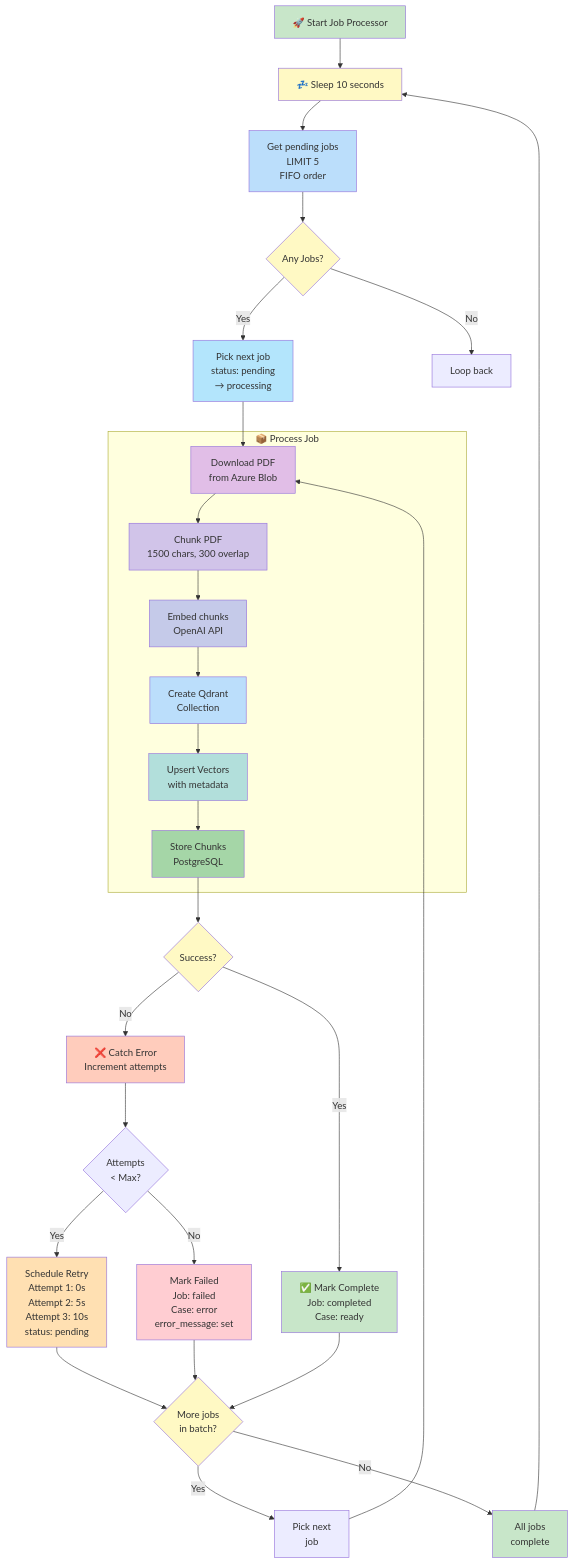
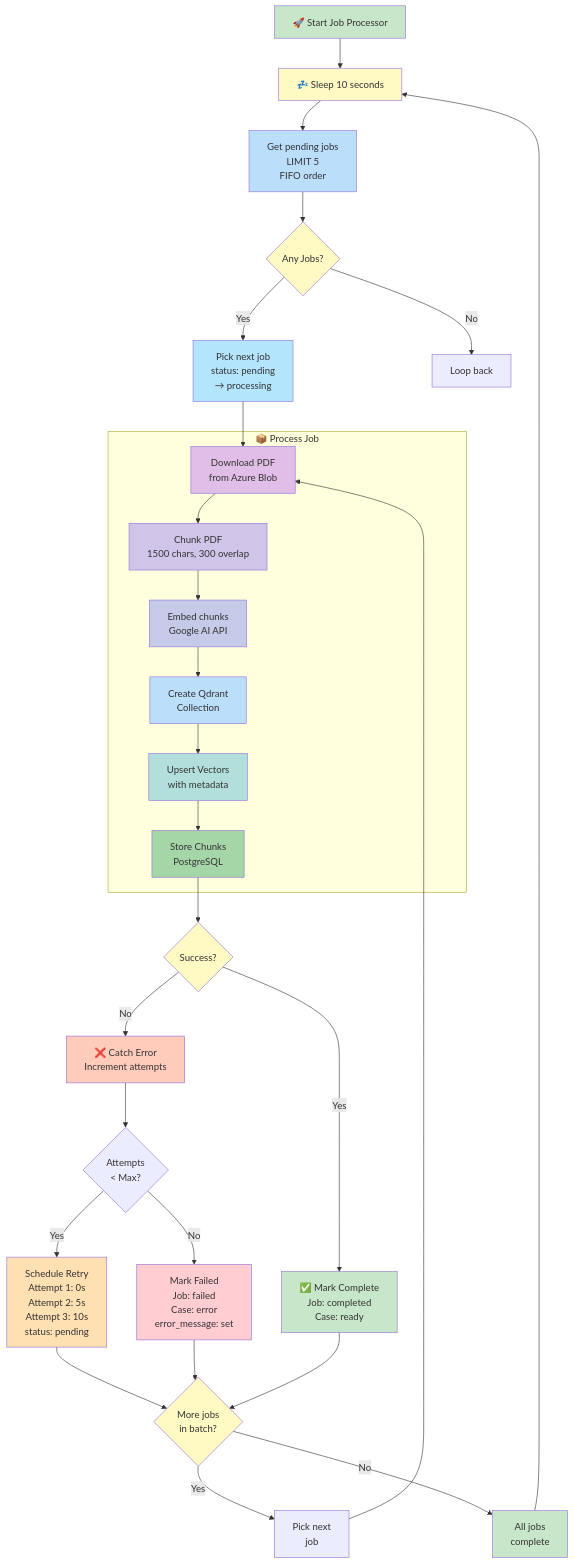
Before and after one commit to Smeet23/Lexintel: the sixth of 13 diagrams in ARCHITECTURE_DIAGRAMS.md, drawn with Mermaid. The commit also changed other lines of this file and 50 other files, not shown here.

First line of the commit message:
docs: update all documentation from OpenAI to Google Gemini

```diff
--- a/ARCHITECTURE_DIAGRAMS.md
+++ b/ARCHITECTURE_DIAGRAMS.md
@@ -362,7 +362,7 @@
     subgraph Processing["📦 Process Job"]
         Download["Download PDF<br/>from Azure Blob"]
         Chunk["Chunk PDF<br/>1500 chars, 300 overlap"]
-        Embed["Embed chunks<br/>OpenAI API"]
+        Embed["Embed chunks<br/>Google AI API"]
         CreateColl["Create Qdrant<br/>Collection"]
         UpsertVec["Upsert Vectors<br/>with metadata"]
         StoreMeta["Store Chunks<br/>PostgreSQL"]
```
